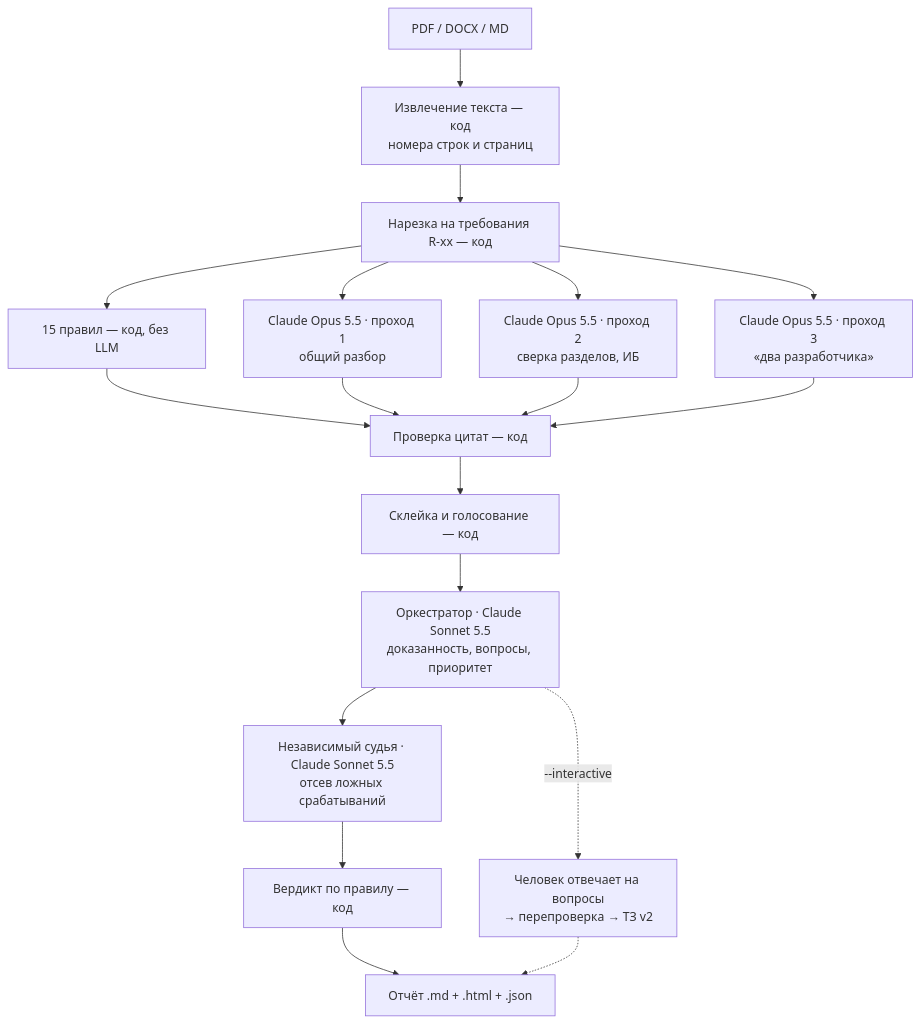
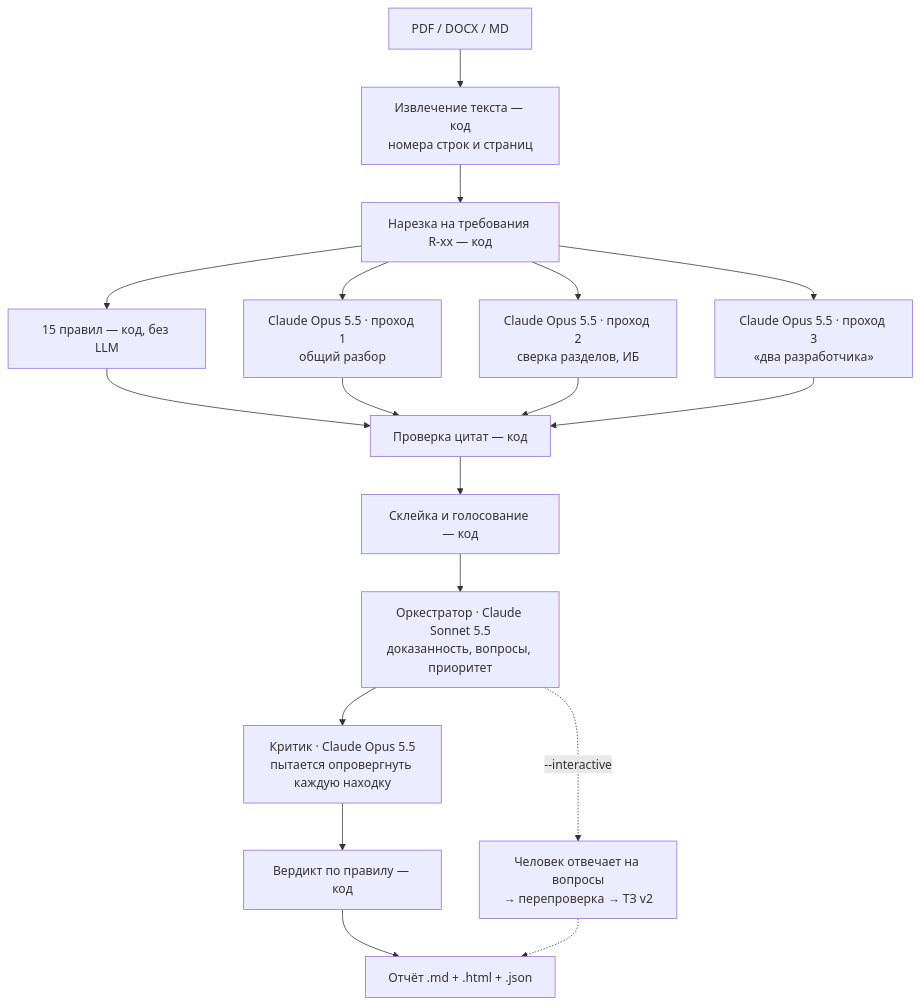
Before and after one commit to Aldibek/AI_agent_hack: the diagram in README.md, drawn with Mermaid. The commit also changed other lines of this file and 1 other file, not shown here.

Commit message:
Judge on Claude Opus 5.5 (medium); README describes the critic honestly

````diff
--- a/README.md
+++ b/README.md
@@ -11,20 +11,20 @@
 ```mermaid
 flowchart TD
     IN[PDF / DOCX / MD] --> ING[Извлечение текста — код<br/>номера строк и страниц]
     ING --> SEG[Нарезка на требования R-xx — код]
     SEG --> RUL[15 правил — код, без LLM]
     SEG --> R1[Claude Opus 5.5 · проход 1<br/>общий разбор]
     SEG --> R2[Claude Opus 5.5 · проход 2<br/>сверка разделов, ИБ]
     SEG --> R3[Claude Opus 5.5 · проход 3<br/>«два разработчика»]
     RUL --> GR[Проверка цитат — код]
     R1 --> GR
     R2 --> GR
     R3 --> GR
     GR --> MRG[Склейка и голосование — код]
     MRG --> ORC[Оркестратор · Claude Sonnet 5.5<br/>доказанность, вопросы, приоритет]
-    ORC --> JDG[Независимый судья · Claude Sonnet 5.5<br/>отсев ложных срабатываний]
+    ORC --> JDG[Критик · Claude Opus 5.5<br/>пытается опровергнуть каждую находку]
     JDG --> VER[Вердикт по правилу — код]
     VER --> OUT[Отчёт .md + .html + .json]
     ORC -. --interactive .-> HUM[Человек отвечает на вопросы<br/>→ перепроверка → ТЗ v2]
     HUM -.-> OUT
 ```
````
